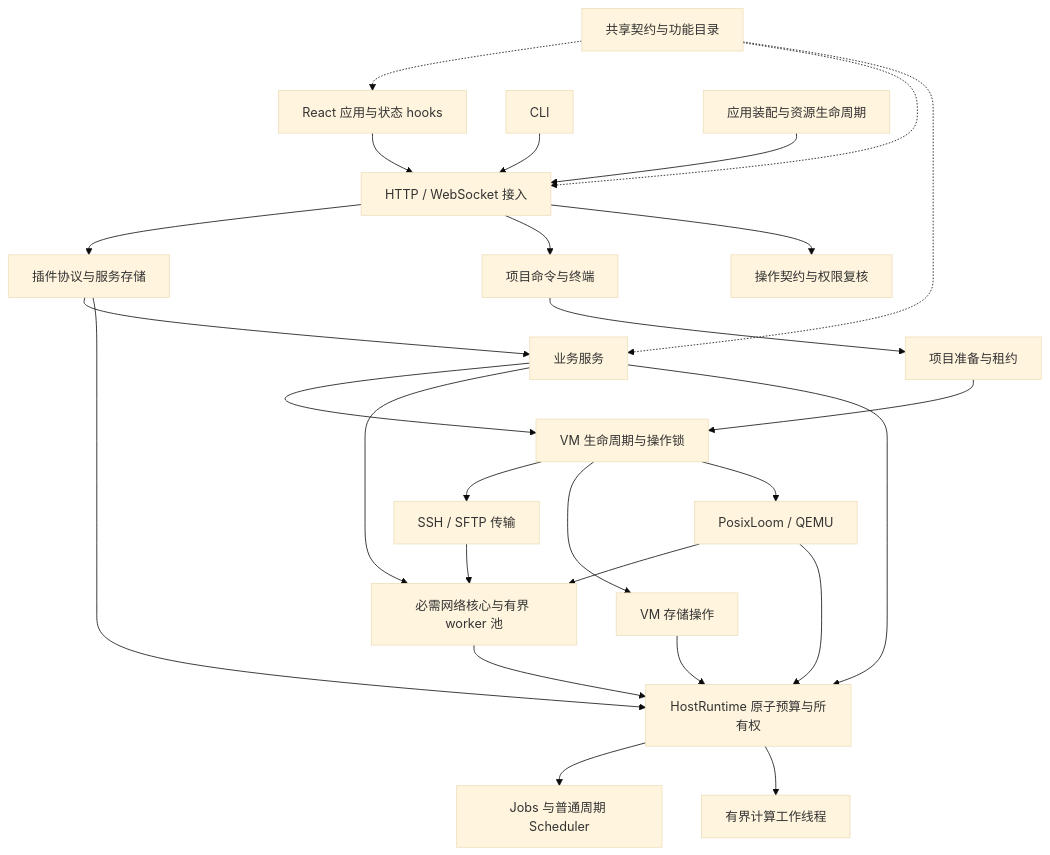
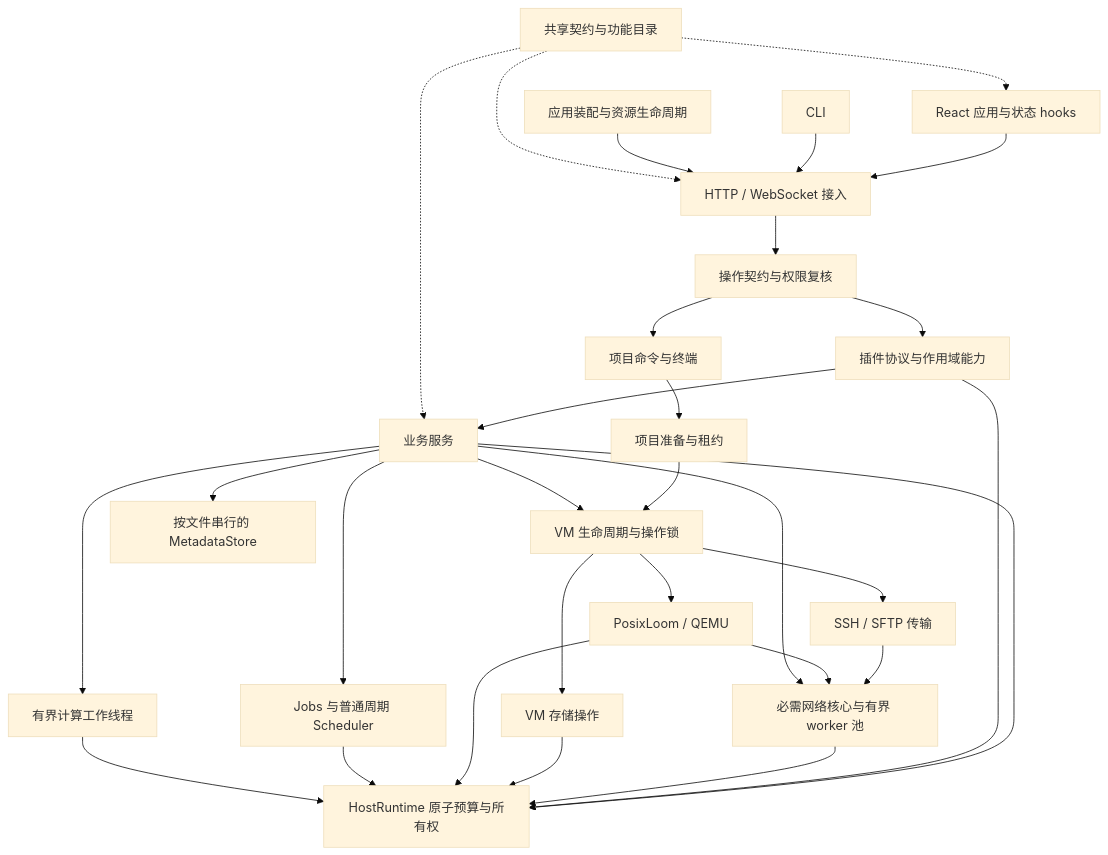
The diagram in docs/architecture.md (lyts825/sakura-vm), drawn with Mermaid (base theme) before and after one commit. The commit also changed other lines of this file and 1 other file, not shown here.

Commit message:
docs: finalize system runtime architecture and verification

````diff
--- a/docs/architecture.md
+++ b/docs/architecture.md
@@ -5,29 +5,32 @@
 ```mermaid
 flowchart TD
   UI[React 应用与状态 hooks] --> HTTP[HTTP / WebSocket 接入]
   CLI[CLI] --> HTTP
   App[应用装配与资源生命周期] --> HTTP
-  HTTP --> Plugins[插件协议与服务存储]
-  HTTP --> Execution[项目命令与终端]
+  HTTP --> Gateway[操作契约与权限复核]
+  Gateway --> Plugins[插件协议与作用域能力]
+  Gateway --> Execution[项目命令与终端]
   Execution --> Preparation[项目准备与租约]
   Plugins --> Domain[业务服务]
   Preparation --> Machines[VM 生命周期与操作锁]
   Domain --> Machines
   Machines --> Transport[SSH / SFTP 传输]
   Machines --> Storage[VM 存储操作]
   Machines --> Runtime[PosixLoom / QEMU]
   Transport --> Network[必需网络核心与有界 worker 池]
   Runtime --> Network
   Domain --> Network
   Contracts[共享契约与功能目录] -.-> UI
   Contracts -.-> HTTP
   Contracts -.-> Domain
-  HTTP --> Gateway[操作契约与权限复核]
   Domain --> Host[HostRuntime 原子预算与所有权]
   Plugins --> Host
   Network --> Host
   Storage --> Host
   Runtime --> Host
-  Host --> Jobs[Jobs 与普通周期 Scheduler]
-  Host --> Compute[有界计算工作线程]
+  Domain --> Jobs[Jobs 与普通周期 Scheduler]
+  Domain --> Compute[有界计算工作线程]
+  Jobs --> Host
+  Compute --> Host
+  Domain --> Metadata[按文件串行的 MetadataStore]
 ```
````
